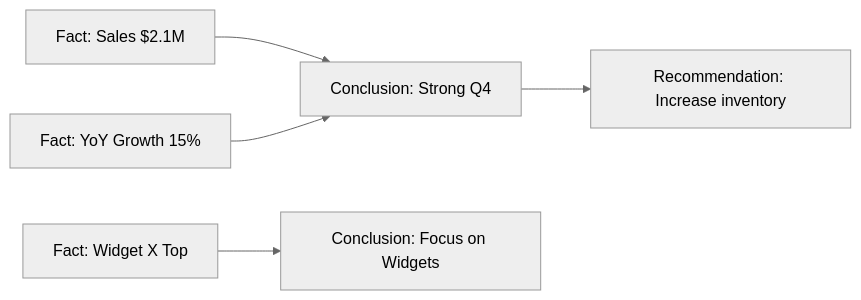
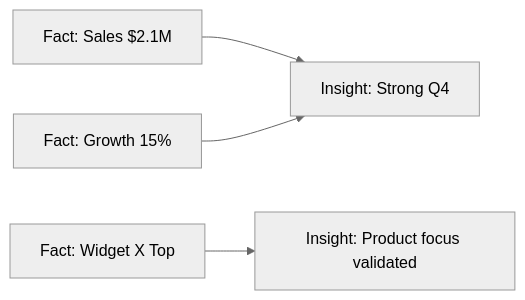
The diagram in claude/skills/epist/SKILL.md (lanej/dotfiles), drawn with Mermaid (neutral theme) before and after one commit. The commit also changed other lines of this file and 19 other files, not shown here.

````diff
--- a/claude/skills/epist/SKILL.md
+++ b/claude/skills/epist/SKILL.md
@@ -678,7 +683,6 @@
 ```{mermaid}
 flowchart LR
-    F1[Fact: Sales $2.1M] --> C1[Conclusion: Strong Q4]
-    F2[Fact: YoY Growth 15%] --> C1
-    F3[Fact: Widget X Top] --> C2[Conclusion: Focus on Widgets]
-    C1 --> R[Recommendation: Increase inventory]
+    F1[Fact: Sales $2.1M] --> C1[Insight: Strong Q4]
+    F2[Fact: Growth 15%] --> C1
+    F3[Fact: Widget X Top] --> C2[Insight: Product focus validated]
 ```
````
